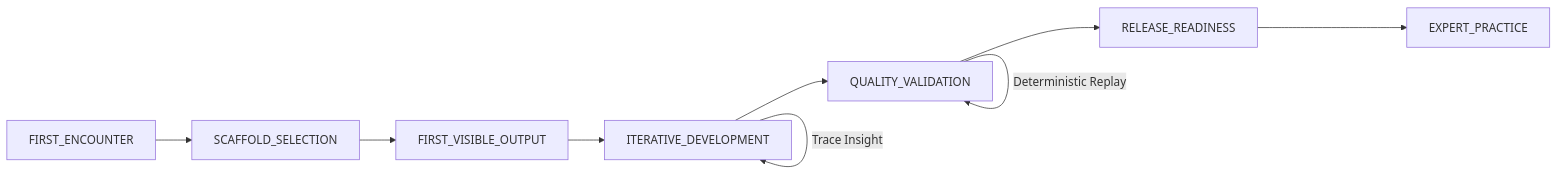
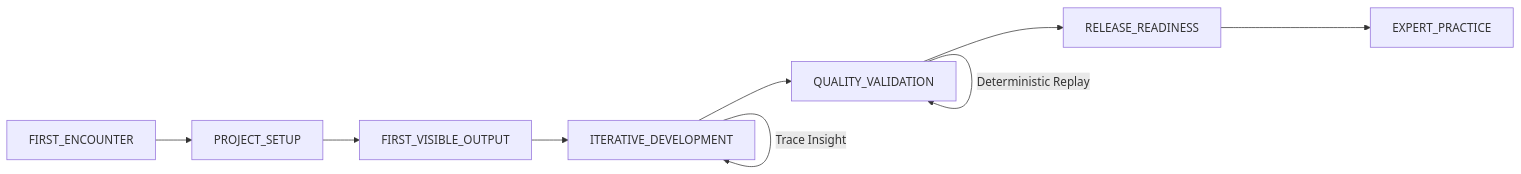
One commit to 1qh/safeagent changed the first of 3 diagrams in plan/28-developer-experience.md. Above: the diagram before and after it, drawn with Mermaid. The commit also changed other lines of this file, not shown here.

Commit message:
Remove final scaffold/generator references from file 28 Mermaid and body

````diff
--- a/plan/28-developer-experience.md
+++ b/plan/28-developer-experience.md
@@ -580,20 +580,20 @@
 ```mermaid
 flowchart LR
     FIRST_ENCOUNTER[FIRST_ENCOUNTER]
-    SCAFFOLD_SELECTION[SCAFFOLD_SELECTION]
+    PROJECT_SETUP[PROJECT_SETUP]
     FIRST_VISIBLE_OUTPUT[FIRST_VISIBLE_OUTPUT]
     ITERATIVE_DEVELOPMENT[ITERATIVE_DEVELOPMENT]
     QUALITY_VALIDATION[QUALITY_VALIDATION]
     RELEASE_READINESS[RELEASE_READINESS]
     EXPERT_PRACTICE[EXPERT_PRACTICE]
 
-    FIRST_ENCOUNTER --> SCAFFOLD_SELECTION
-    SCAFFOLD_SELECTION --> FIRST_VISIBLE_OUTPUT
+    FIRST_ENCOUNTER --> PROJECT_SETUP
+    PROJECT_SETUP --> FIRST_VISIBLE_OUTPUT
     FIRST_VISIBLE_OUTPUT --> ITERATIVE_DEVELOPMENT
     ITERATIVE_DEVELOPMENT --> QUALITY_VALIDATION
     QUALITY_VALIDATION --> RELEASE_READINESS
     RELEASE_READINESS --> EXPERT_PRACTICE
 
     ITERATIVE_DEVELOPMENT -->|Trace Insight| ITERATIVE_DEVELOPMENT
     QUALITY_VALIDATION -->|Deterministic Replay| QUALITY_VALIDATION
 ```
````
